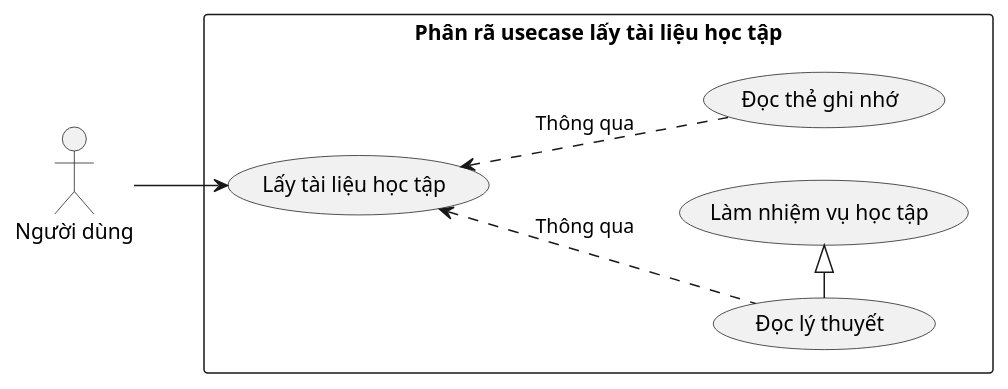
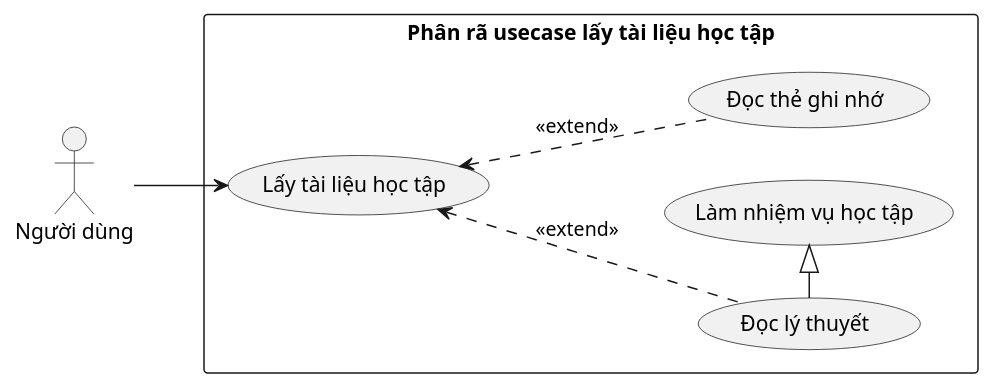
Before and after one commit to OnlySekai/E-Learning-Quiz-Be: the diagram in docs/usecase/tai_lieu.puml, drawn with PlantUML. The commit also changed 5 other files, not shown here.

Commit message:
:+1: Add activity diagram

```diff
--- a/docs/usecase/tai_lieu.puml
+++ b/docs/usecase/tai_lieu.puml
@@ -1,18 +1,18 @@
 @startuml
 left to right direction
 skinparam packageStyle rectangle
 
 actor "Người dùng" as user
 
 rectangle "Phân rã usecase lấy tài liệu học tập" {
   usecase "Lấy tài liệu học tập" as UC1
   usecase "Đọc lý thuyết" as UC2
   usecase "Đọc thẻ ghi nhớ" as UC3
   (Làm nhiệm vụ học tập) as nvht
   UC2 -|> nvht
-  UC1 <.. UC2 : "Thông qua"
-  UC1 <.. UC3 : "Thông qua"
+  UC1 <.. UC2 : <<extend>>
+  UC1 <.. UC3 : <<extend>>
 }
 
 user --> UC1
 @enduml
```
